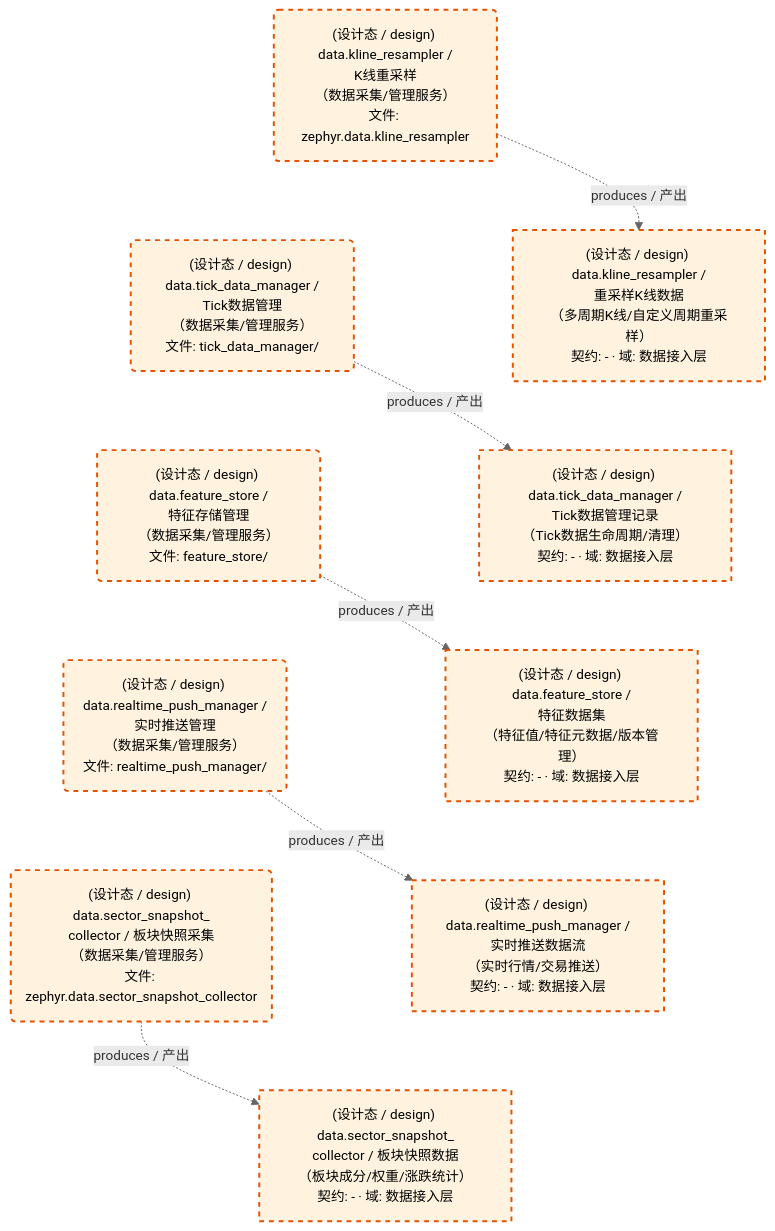
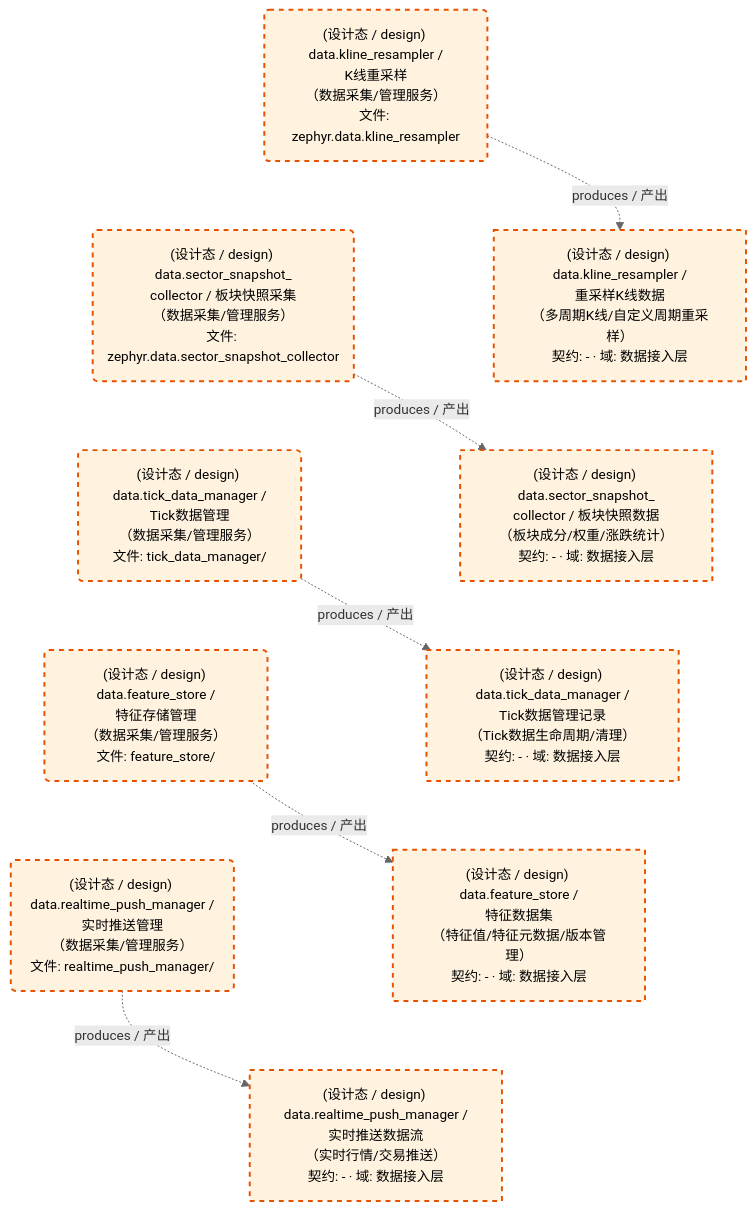
The first of 2 diagrams in docs/02_enterprise_architecture/05_dataflow_architecture/d_data.md (xuanFelixVan/ZephyrAlpha), drawn with Mermaid before and after one commit. The commit also changed other lines of this file and 106 other files, not shown here.

````diff
--- a/docs/02_enterprise_architecture/05_dataflow_architecture/d_data.md
+++ b/docs/02_enterprise_architecture/05_dataflow_architecture/d_data.md
@@ -49,32 +49,32 @@
 ```mermaid
 %%{init: {'theme': 'base', 'themeVariables': {'primaryColor': '#eaeaea', 'primaryTextColor': '#333333', 'primaryBorderColor': '#666666', 'lineColor': '#666666', 'secondaryColor': '#eaeaea', 'tertiaryColor': '#eaeaea', 'clusterBkg': 'transparent', 'clusterBorder': 'transparent', 'fontSize': '14px'}}}%%
 flowchart TD
     DS11253["(设计态 / design) data.feature_store /<br/>特征数据集<br/>（特征值/特征元数据/版本管理）<br/>契约: - · 域: 数据接入层"]
     DS11256["(设计态 / design) data.kline_resampler /<br/>重采样K线数据<br/>（多周期K线/自定义周期重采样）<br/>契约: - · 域: 数据接入层"]
     DS11254["(设计态 / design) data.realtime_push_manager /<br/>实时推送数据流<br/>（实时行情/交易推送）<br/>契约: - · 域: 数据接入层"]
     DS11257["(设计态 / design) data.sector_snapshot_<br/>collector / 板块快照数据<br/>（板块成分/权重/涨跌统计）<br/>契约: - · 域: 数据接入层"]
     DS11255["(设计态 / design) data.tick_data_manager /<br/>Tick数据管理记录<br/>（Tick数据生命周期/清理）<br/>契约: - · 域: 数据接入层"]
     JOB757617("(设计态 / design) data.feature_store /<br/>特征存储管理<br/>（数据采集/管理服务）<br/>文件: feature_store/")
     JOB757620("(设计态 / design) data.kline_resampler /<br/>K线重采样<br/>（数据采集/管理服务）<br/>文件: zephyr.data.kline_resampler")
     JOB757618("(设计态 / design) data.realtime_push_manager /<br/>实时推送管理<br/>（数据采集/管理服务）<br/>文件: realtime_push_manager/")
     JOB757621("(设计态 / design) data.sector_snapshot_<br/>collector / 板块快照采集<br/>（数据采集/管理服务）<br/>文件: zephyr.data.sector_snapshot_collector")
     JOB757619("(设计态 / design) data.tick_data_manager /<br/>Tick数据管理<br/>（数据采集/管理服务）<br/>文件: tick_data_manager/")
     JOB757617 -.->|produces / 产出| DS11253
     JOB757618 -.->|produces / 产出| DS11254
     JOB757619 -.->|produces / 产出| DS11255
     JOB757620 -.->|produces / 产出| DS11256
     JOB757621 -.->|produces / 产出| DS11257
-    JOB757620 ~~~ JOB757619
+    JOB757620 ~~~ JOB757621
+    JOB757621 ~~~ JOB757619
     JOB757619 ~~~ JOB757617
     JOB757617 ~~~ JOB757618
-    JOB757618 ~~~ JOB757621
-    DS11256 ~~~ DS11255
+    DS11256 ~~~ DS11257
+    DS11257 ~~~ DS11255
     DS11255 ~~~ DS11253
     DS11253 ~~~ DS11254
-    DS11254 ~~~ DS11257
     classDef production fill:#e1f5fe,stroke:#01579b,stroke-width:2px,color:#000
     classDef design fill:#fff3e0,stroke:#e65100,stroke-width:2px,color:#000,stroke-dasharray: 5 5
     classDef external_prod fill:#e8f4fd,stroke:#0277bd,stroke-width:1px,color:#000
     classDef external_design fill:#fff8e7,stroke:#ef6c00,stroke-width:1px,color:#000,stroke-dasharray: 5 5
     class DS11253,DS11256,DS11254,DS11257,DS11255,JOB757617,JOB757620,JOB757618,JOB757621,JOB757619 design
 ```
````
